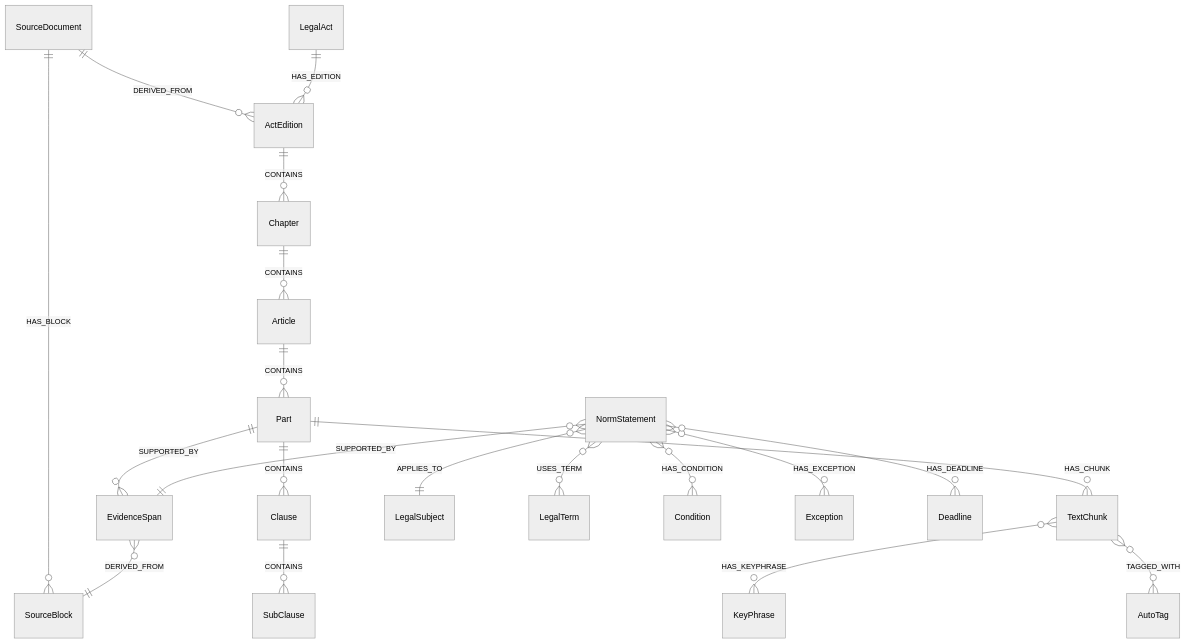
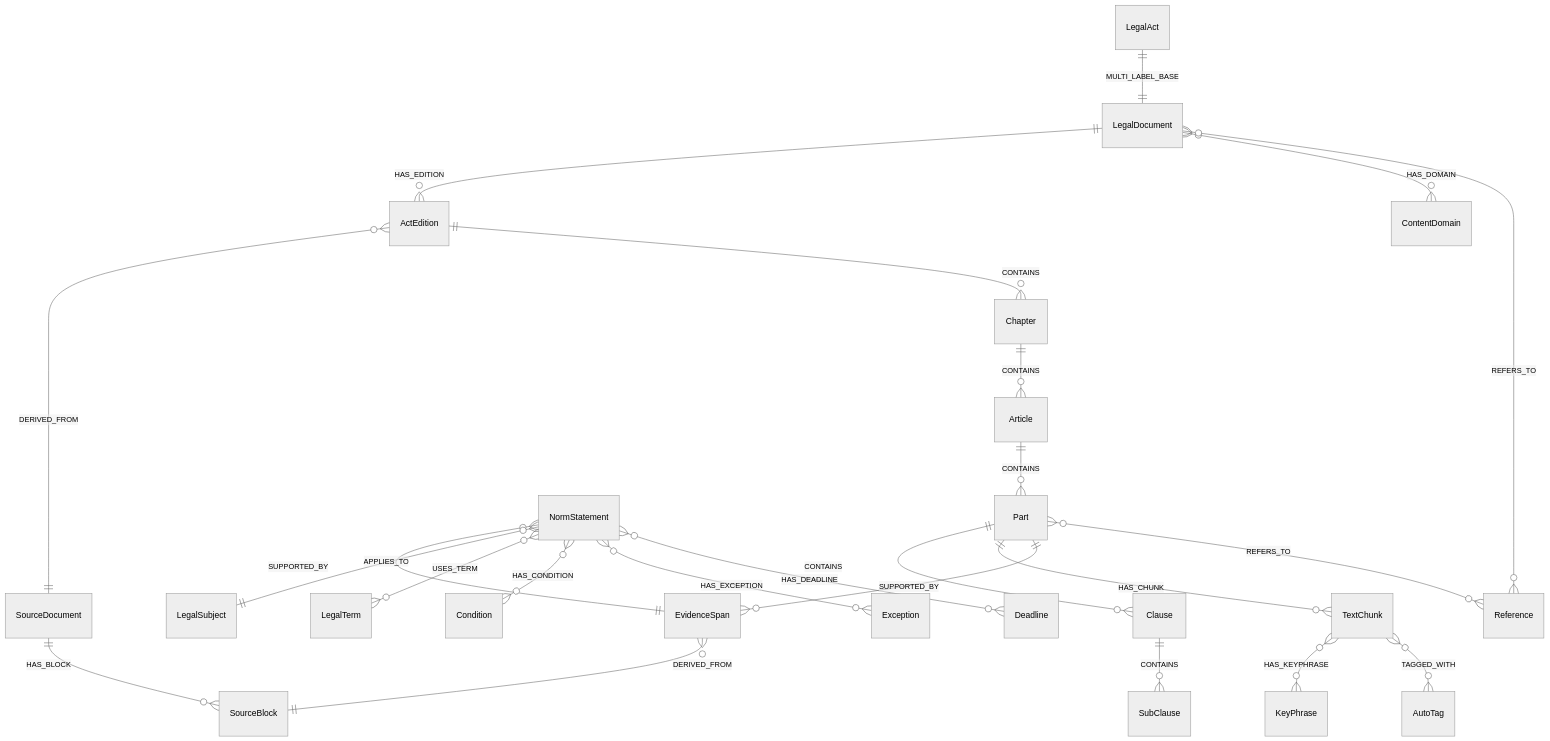
The sixth of 8 diagrams in prd/03_PRD.md (rager306/law-nexus), drawn with Mermaid (neutral theme) before and after one commit. The commit also changed other lines of this file and 2 other files, not shown here.

````diff
--- a/prd/03_PRD.md
+++ b/prd/03_PRD.md
@@ -805,22 +843,26 @@
 ```mermaid
 erDiagram
     SourceDocument ||--o{ SourceBlock : HAS_BLOCK
-    SourceDocument ||--o{ ActEdition : DERIVED_FROM
-    LegalAct ||--o{ ActEdition : HAS_EDITION
+    LegalDocument ||--o{ ActEdition : HAS_EDITION
+    LegalDocument }o--o{ ContentDomain : HAS_DOMAIN
+    LegalAct ||--|| LegalDocument : MULTI_LABEL_BASE
+    ActEdition }o--|| SourceDocument : DERIVED_FROM
     ActEdition ||--o{ Chapter : CONTAINS
     Chapter ||--o{ Article : CONTAINS
     Article ||--o{ Part : CONTAINS
     Part ||--o{ Clause : CONTAINS
     Clause ||--o{ SubClause : CONTAINS
     Part ||--o{ TextChunk : HAS_CHUNK
     Part ||--o{ EvidenceSpan : SUPPORTED_BY
     EvidenceSpan }o--|| SourceBlock : DERIVED_FROM
     NormStatement }o--|| EvidenceSpan : SUPPORTED_BY
     NormStatement }o--|| LegalSubject : APPLIES_TO
     NormStatement }o--o{ LegalTerm : USES_TERM
     NormStatement }o--o{ Condition : HAS_CONDITION
     NormStatement }o--o{ Exception : HAS_EXCEPTION
     NormStatement }o--o{ Deadline : HAS_DEADLINE
+    Part }o--o{ Reference : REFERS_TO
+    Reference }o--o{ LegalDocument : REFERS_TO
     TextChunk }o--o{ KeyPhrase : HAS_KEYPHRASE
     TextChunk }o--o{ AutoTag : TAGGED_WITH
 ```
````
